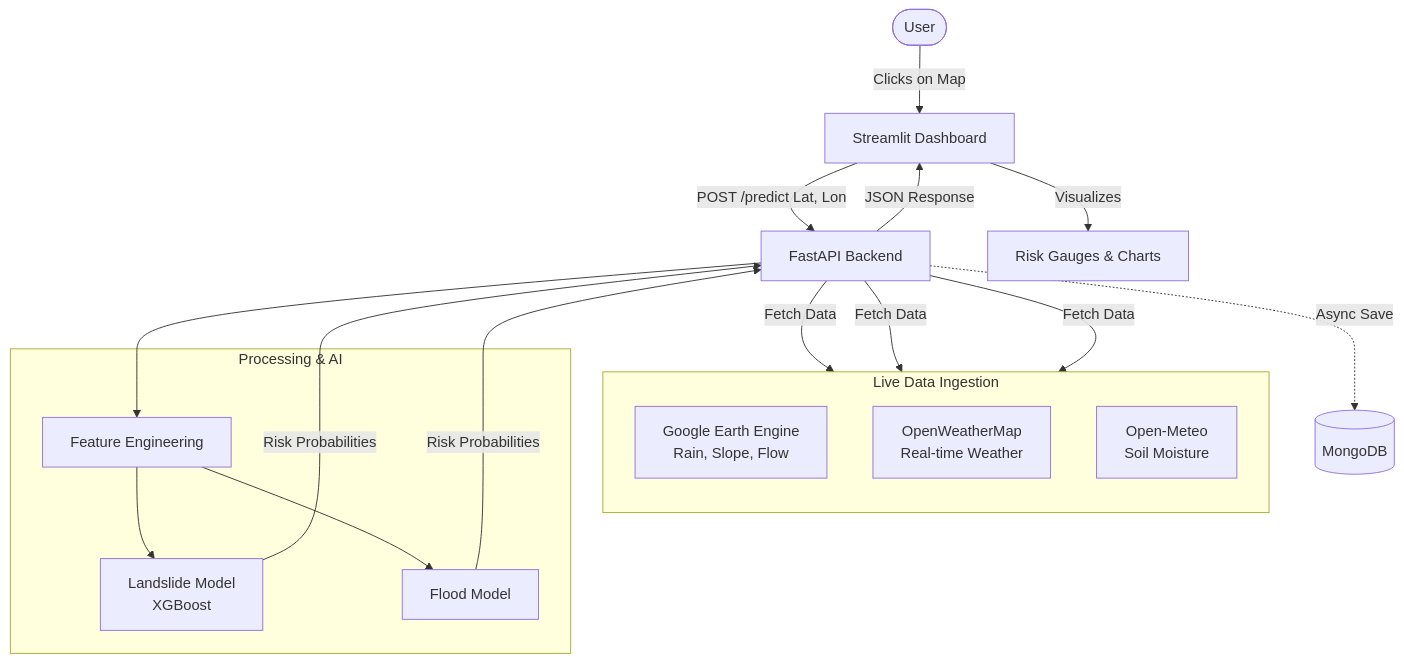
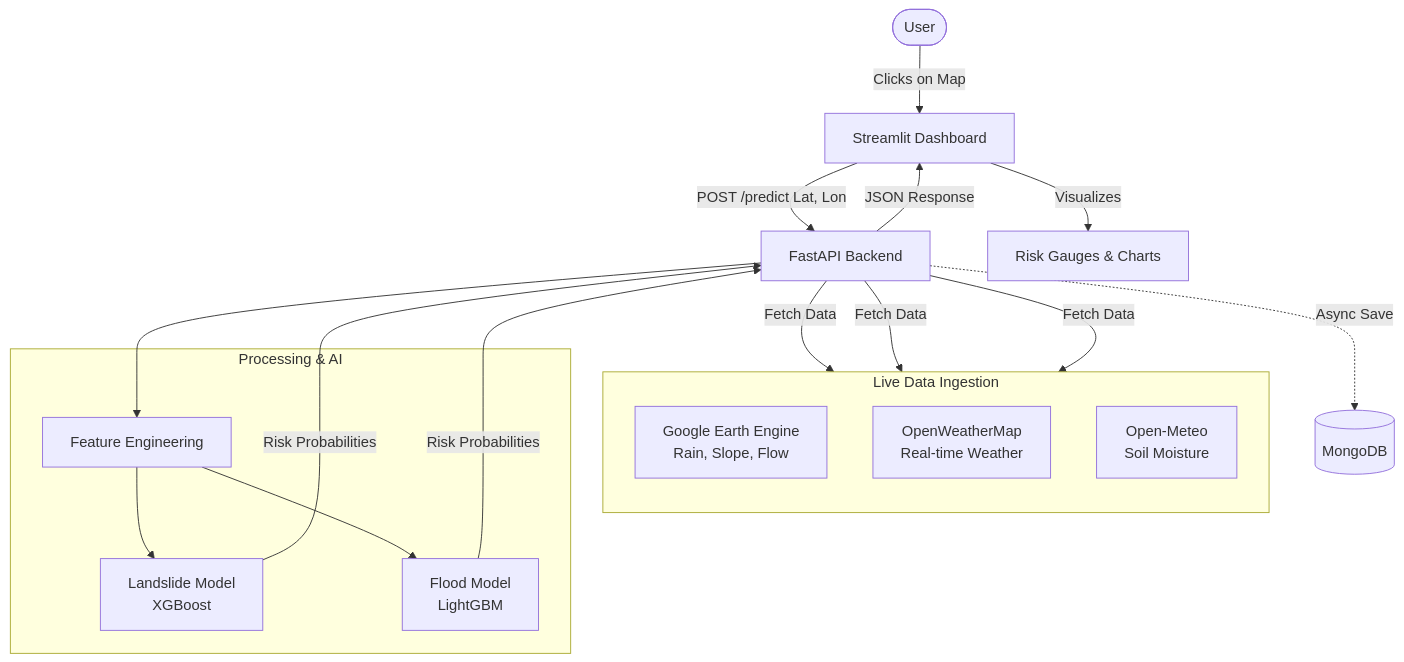
Before and after one commit to yashasraj2324/landslide-and-flood-perdiction: the diagram in README.md, drawn with Mermaid. The commit also changed other lines of this file and 15 other files, not shown here.

````diff
--- a/README.md
+++ b/README.md
@@ -40,34 +40,34 @@
 ```mermaid
 graph TD
     User([User]) -->|Clicks on Map| UI[Streamlit Dashboard]
     UI -->|POST /predict Lat, Lon| API[FastAPI Backend]
   
     subgraph Data_Sources [Live Data Ingestion]
         direction TB
         EE[Google Earth Engine<br/>Rain, Slope, Flow]
         OWM[OpenWeatherMap<br/>Real-time Weather]
         OM[Open-Meteo<br/>Soil Moisture]
     end
   
     %% FIX: Connect to the nodes inside, not the subgraph ID
     API -->|Fetch Data| EE & OWM & OM
   
     subgraph Core_Logic [Processing & AI]
         FE[Feature Engineering]
         ML_L[Landslide Model<br/>XGBoost]
-        ML_F[Flood Model]
+        ML_F[Flood Model<br/>LightGBM]
     end
   
     API --> FE
     FE --> ML_L
     FE --> ML_F
   
     ML_L & ML_F -->|Risk Probabilities| API
   
     API -.->|Async Save| DB[(MongoDB)]
   
     API -->|JSON Response| UI
     UI -->|Visualizes| D[Risk Gauges & Charts]
 
 
 ```
````
